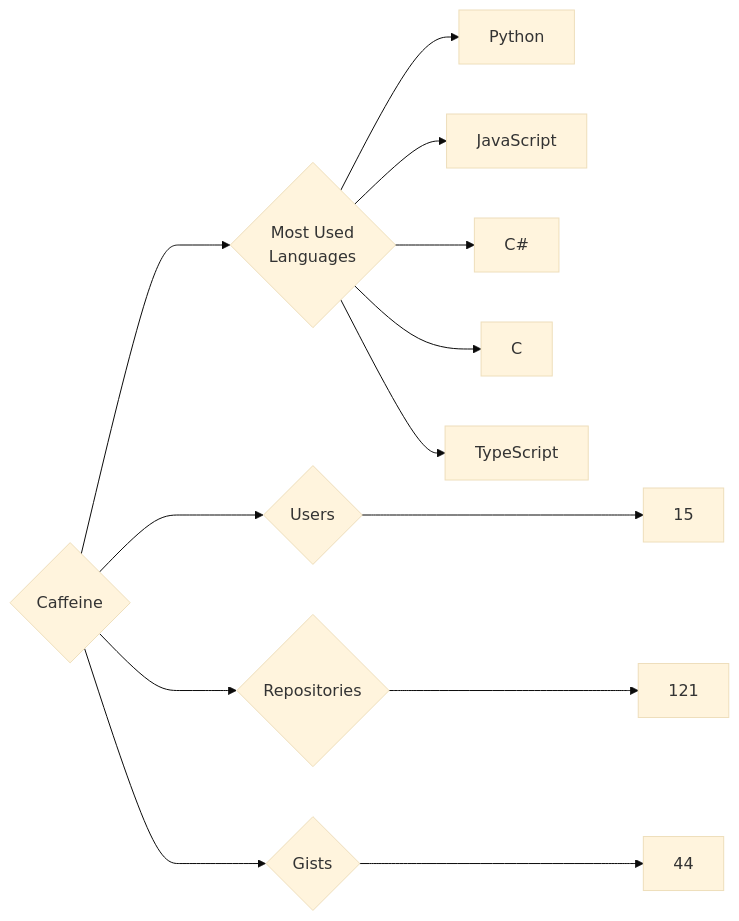
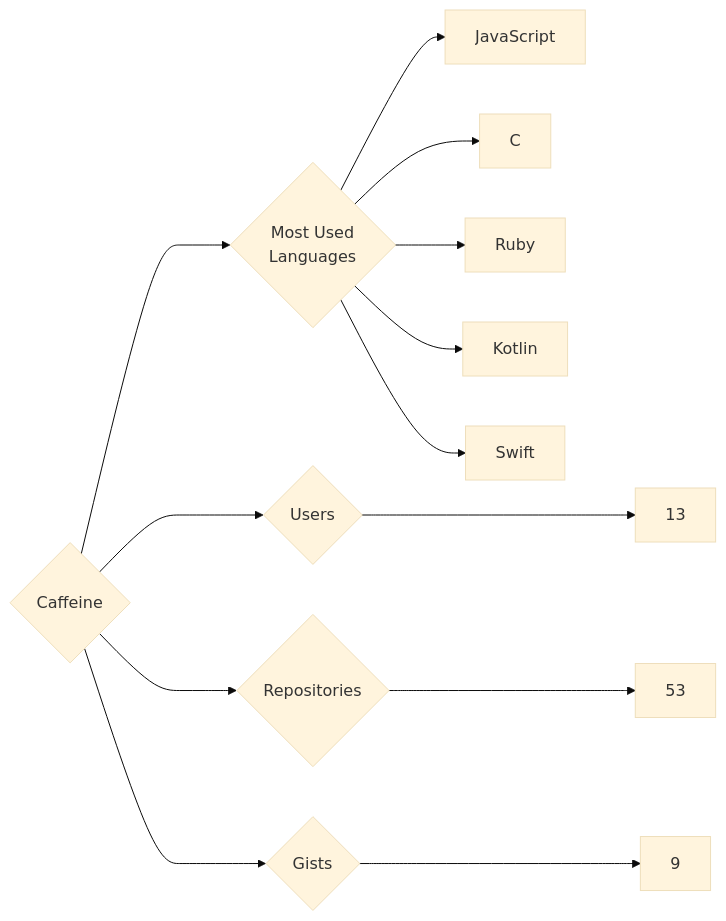
The diagram in targets/Caffeine/README.md (trickest/insiders), drawn with Mermaid (base theme) before and after one commit. The commit also changed 720 other files, not shown here.

````diff
--- a/targets/Caffeine/README.md
+++ b/targets/Caffeine/README.md
@@ -3,13 +3,13 @@
 ```mermaid
 graph LR
 COMPANY_NAME{Caffeine}
-COMPANY_NAME ---> U{Users} ---> UN[15]
-COMPANY_NAME ---> R{Repositories} ---> RN[121]
-COMPANY_NAME ---> G{Gists} ---> GN[44]
+COMPANY_NAME ---> U{Users} ---> UN[13]
+COMPANY_NAME ---> R{Repositories} ---> RN[53]
+COMPANY_NAME ---> G{Gists} ---> GN[9]
 COMPANY_NAME ---> ML{Most Used<br>Languages}
-ML --> Python[Python]
 ML --> JavaScript[JavaScript]
-ML --> C#[C#]
 ML --> C[C]
-ML --> TypeScript[TypeScript]
+ML --> Ruby[Ruby]
+ML --> Kotlin[Kotlin]
+ML --> Swift[Swift]
 ```
````
